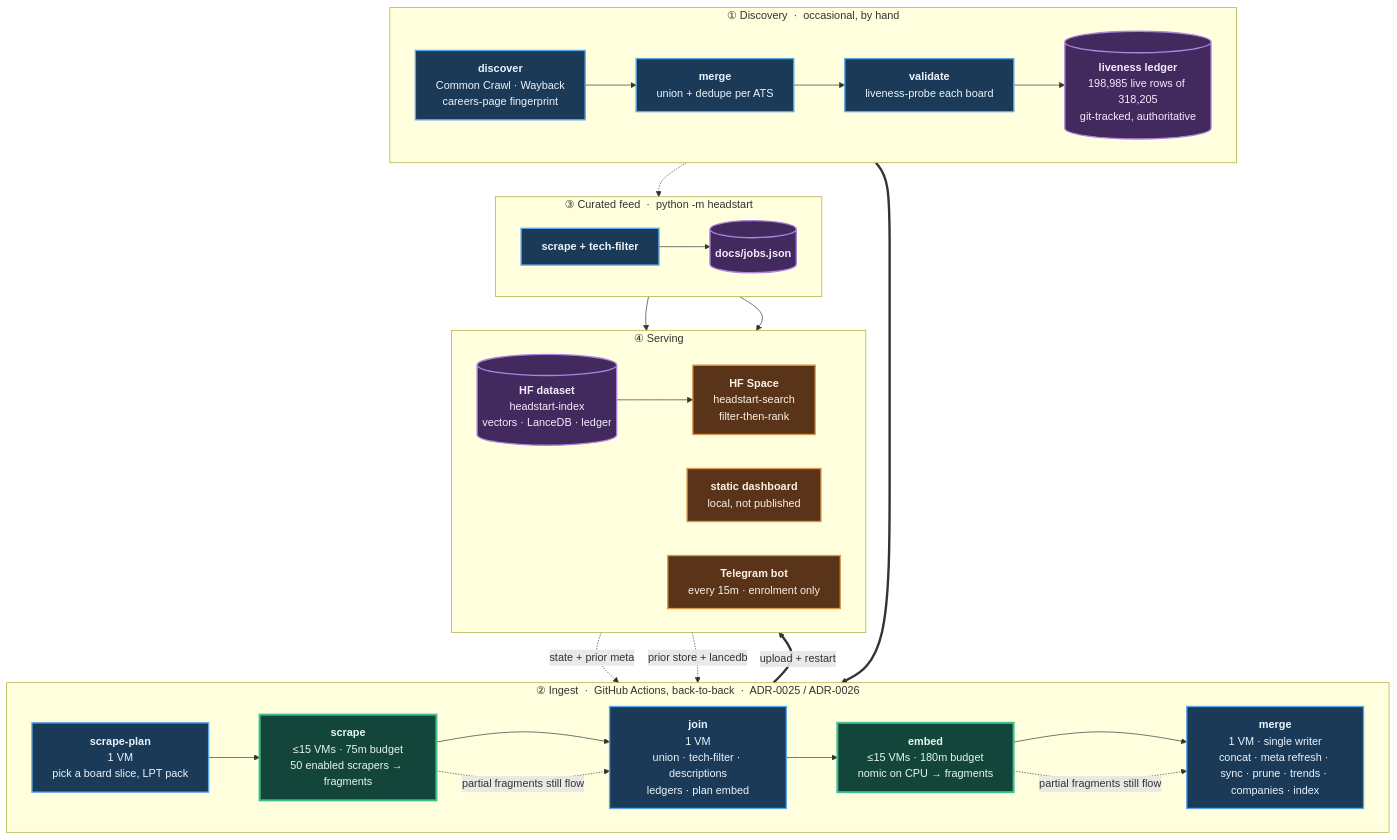
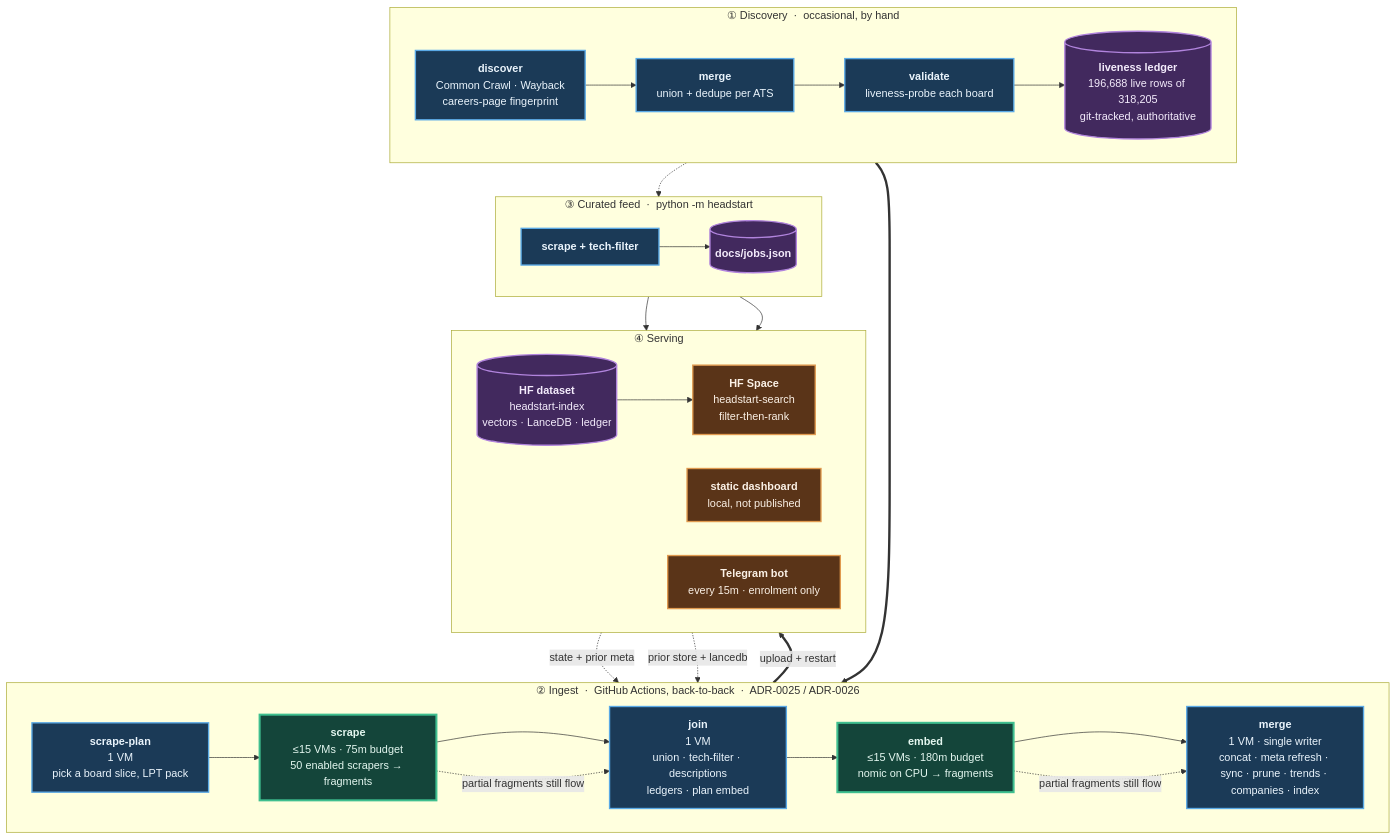
Before and after one commit to sarthakjain004/headstart: the diagram in README.md, drawn with Mermaid. The commit also changed other lines of this file and 22 other files, not shown here.

````diff
--- a/README.md
+++ b/README.md
@@ -185,56 +185,56 @@
 ```mermaid
 flowchart TB
     subgraph D["① Discovery &nbsp;·&nbsp; occasional, by hand"]
         direction LR
         D1["<b>discover</b><br/>Common Crawl · Wayback<br/>careers-page fingerprint"]
         D2["<b>merge</b><br/>union + dedupe per ATS"]
         D3["<b>validate</b><br/>liveness-probe each board"]
-        D4[("<b>liveness ledger</b><br/>198,985 live rows of 318,205<br/>git-tracked, authoritative")]
+        D4[("<b>liveness ledger</b><br/>196,688 live rows of 318,205<br/>git-tracked, authoritative")]
         D1 --> D2 --> D3 --> D4
     end
 
     subgraph P["② Ingest &nbsp;·&nbsp; GitHub Actions, back-to-back &nbsp;·&nbsp; ADR-0025 / ADR-0026"]
         direction LR
         P1["<b>scrape-plan</b><br/>1 VM<br/>pick a board slice, LPT pack"]
         P2["<b>scrape</b><br/>≤15 VMs · 75m budget<br/>50 enabled scrapers → fragments"]
         P3["<b>join</b><br/>1 VM<br/>union · tech-filter · descriptions<br/>ledgers · plan embed"]
         P4["<b>embed</b><br/>≤15 VMs · 180m budget<br/>nomic on CPU → fragments"]
         P5["<b>merge</b><br/>1 VM · single writer<br/>concat · meta refresh · sync · prune · trends · companies · index"]
         P1 --> P2 --> P3 --> P4 --> P5
     end
 
     subgraph F["③ Curated feed &nbsp;·&nbsp; python -m headstart"]
         direction LR
         F1["<b>scrape + tech-filter</b>"]
         F2[("<b>docs/jobs.json</b>")]
         F1 --> F2
     end
 
     subgraph S["④ Serving"]
         direction LR
         S1[("<b>HF dataset</b><br/>headstart-index<br/>vectors · LanceDB · ledger")]
         S2["<b>HF Space</b><br/>headstart-search<br/>filter-then-rank"]
         S3["<b>static dashboard</b><br/>local, not published"]
         S4["<b>Telegram bot</b><br/>every 15m · enrolment only"]
         S1 --> S2
     end
 
     D4 ==> P1
     S1 -. "state + prior meta" .-> P1
     S1 -. "prior store + lancedb" .-> P5
     D4 -.-> F1
     P5 ==>|"upload + restart"| S1
     F2 --> S3
     F2 --> S4
     P2 -. "partial fragments still flow" .-> P3
     P4 -. "partial fragments still flow" .-> P5
 
     classDef serial fill:#1b3a57,stroke:#5aa9e6,stroke-width:2px,color:#eaf4fc
     classDef fan fill:#14453a,stroke:#3fbf8f,stroke-width:3px,color:#e4f7f0
     classDef store fill:#42295e,stroke:#b184dd,stroke-width:2px,color:#f4ecfc
     classDef serve fill:#5a3418,stroke:#e09a4f,stroke-width:2px,color:#fbf1e6
     class D1,D2,D3,P1,P3,P5,F1 serial
     class P2,P4 fan
     class D4,F2,S1 store
     class S2,S3,S4 serve
 ```
````
